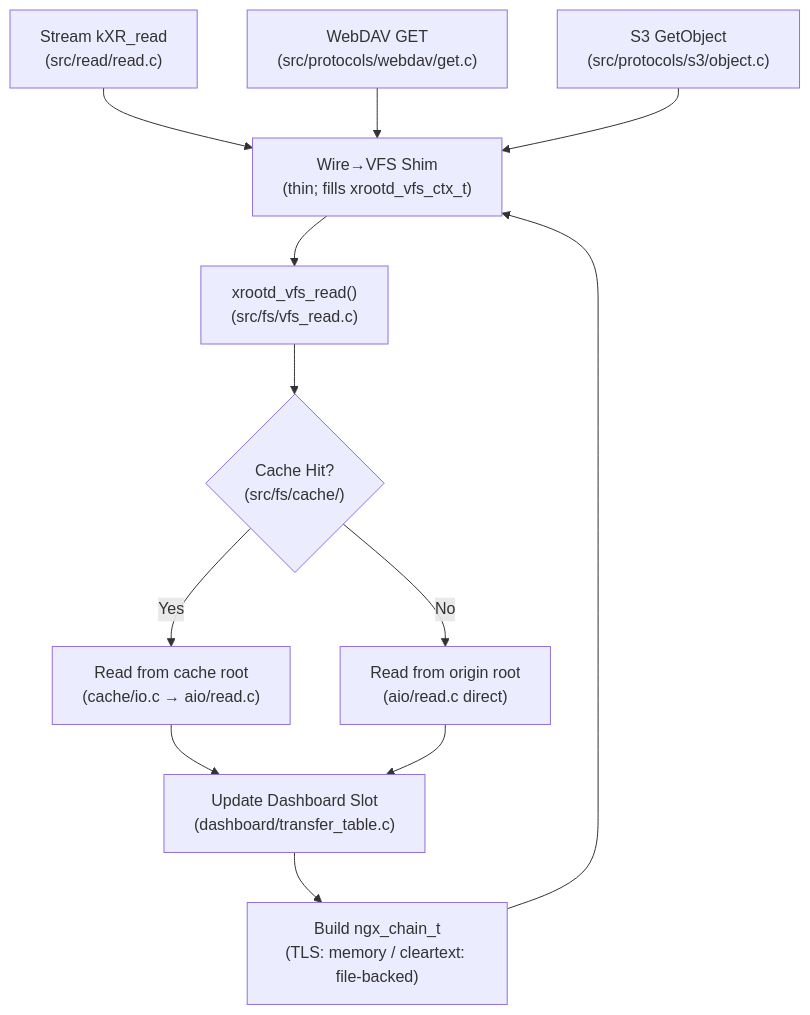
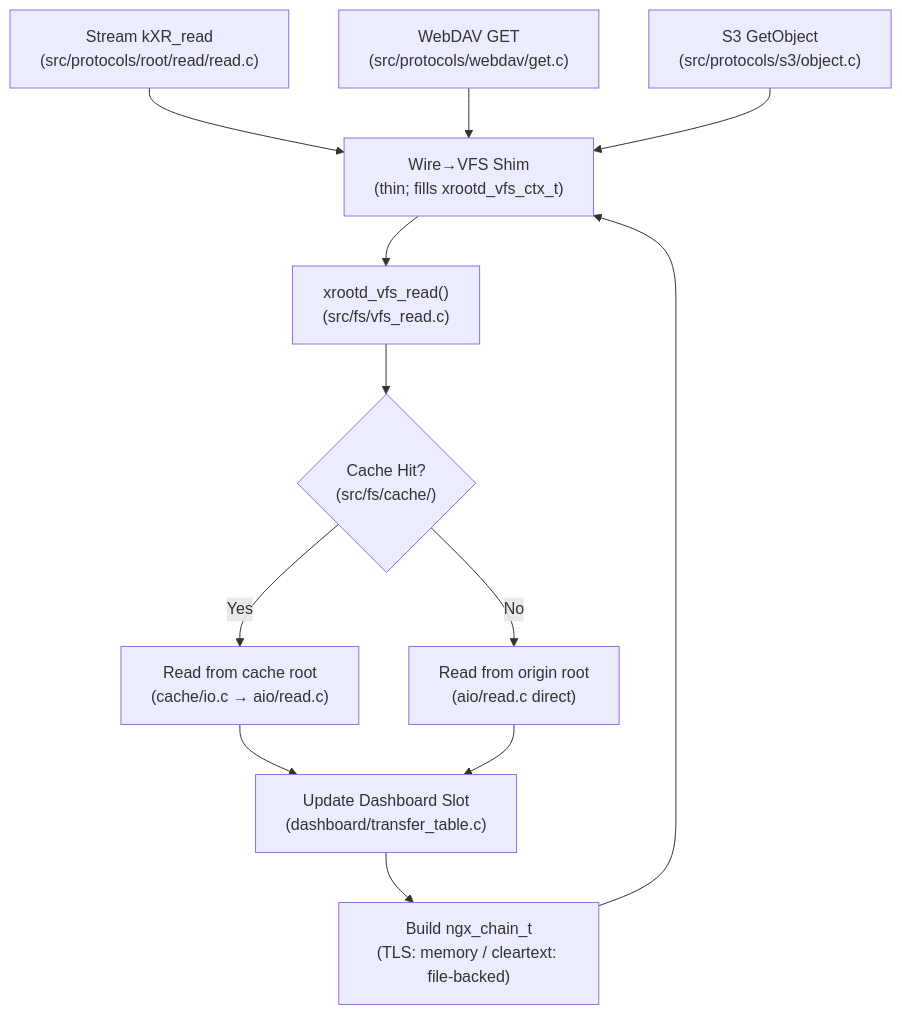
Before and after one commit to rob-c/brix-cache: the diagram in docs/_archive/unification/PHASE3_VFS_OPERATIONS.md, drawn with Mermaid. The commit also changed other lines of this file and 524 other files, not shown here.

First line of the commit message:
phase-66 step 7: protocols/root/ — the root:// protocol plane (largest, last)

````diff
--- a/docs/_archive/unification/PHASE3_VFS_OPERATIONS.md
+++ b/docs/_archive/unification/PHASE3_VFS_OPERATIONS.md
@@ -243,14 +243,14 @@
 ```mermaid
 graph TD
-    A["Stream kXR_read\n(src/read/read.c)"] --> W["Wire→VFS Shim\n(thin; fills xrootd_vfs_ctx_t)"]
+    A["Stream kXR_read\n(src/protocols/root/read/read.c)"] --> W["Wire→VFS Shim\n(thin; fills xrootd_vfs_ctx_t)"]
     B["WebDAV GET\n(src/protocols/webdav/get.c)"] --> W
     C["S3 GetObject\n(src/protocols/s3/object.c)"] --> W
     W --> VFS["xrootd_vfs_read()\n(src/fs/vfs_read.c)"]
     VFS --> CACHE{"Cache Hit?\n(src/fs/cache/)"}
     CACHE -- Yes --> CREAD["Read from cache root\n(cache/io.c → aio/read.c)"]
     CACHE -- No --> OREAD["Read from origin root\n(aio/read.c direct)"]
     CREAD --> DASH["Update Dashboard Slot\n(dashboard/transfer_table.c)"]
     OREAD --> DASH
     DASH --> CHAIN["Build ngx_chain_t\n(TLS: memory / cleartext: file-backed)"]
     CHAIN --> W
 ```
````
